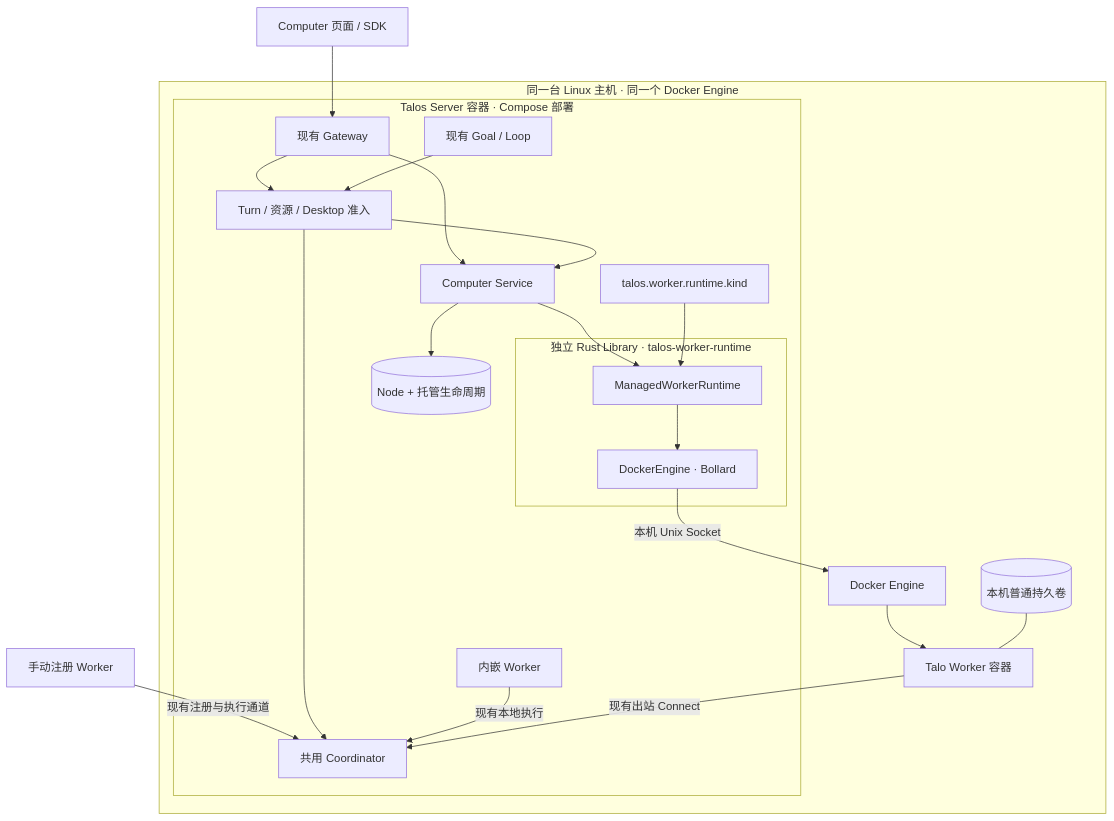
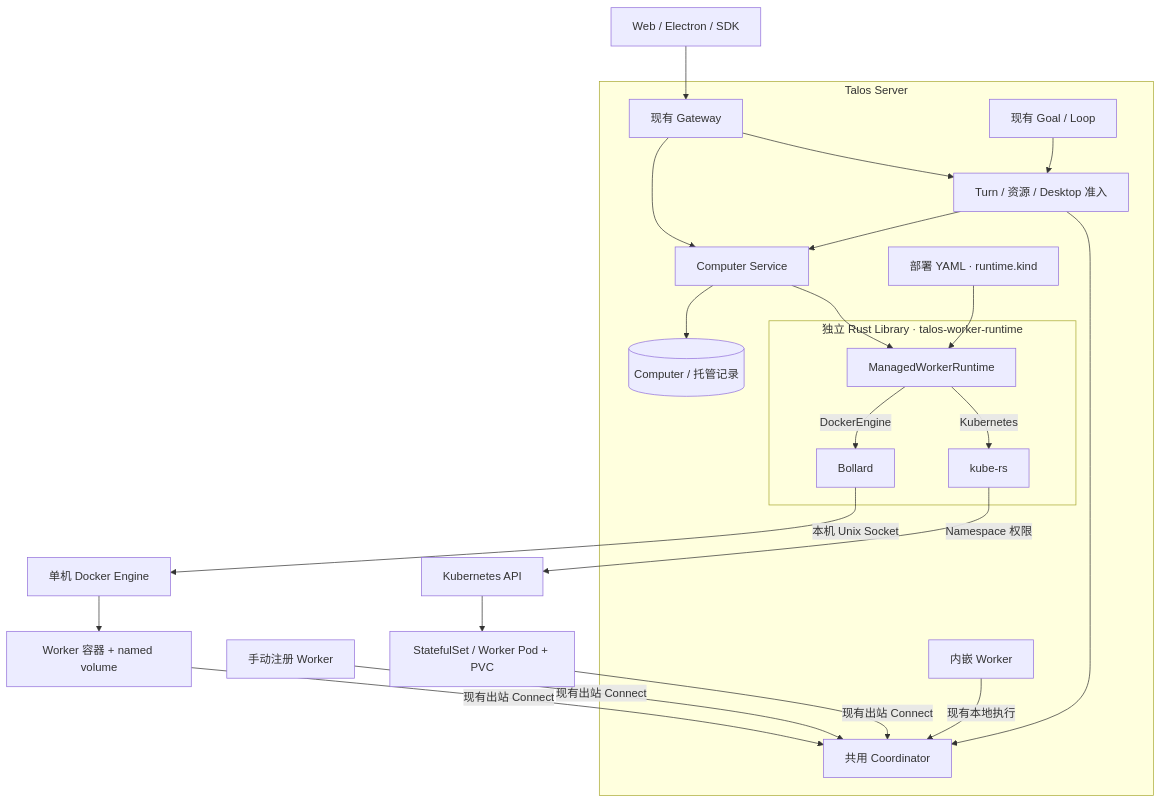
Before and after one commit to apilots/talos: the first of 4 diagrams in spec/feat-054-managed-talo/design.md, drawn with Mermaid. The commit also changed other lines of this file, not shown here.

First line of the commit message:
docs(talo): align managed runtime spec with implementation

````diff
--- a/spec/feat-054-managed-talo/design.md
+++ b/spec/feat-054-managed-talo/design.md
@@ -26,25 +26,26 @@
 ```mermaid
 flowchart TB
-    UI["Computer 页面 / SDK"] --> GW["现有 Gateway"]
-    EXT["手动注册 Worker"] -->|"现有注册与执行通道"| CO
-    subgraph HOST["同一台 Linux 主机 · 同一个 Docker Engine"]
-        subgraph CP["Talos Server 容器 · Compose 部署"]
-            GW --> CS["Computer Service"]
-            GW --> EXEC["Turn / 资源 / Desktop 准入"]
-            AUTO["现有 Goal / Loop"] --> EXEC
-            EXEC --> CS
-            EXEC --> CO["共用 Coordinator"]
-            LOCAL["内嵌 Worker"] -->|"现有本地执行"| CO
-            CS --> DB[("Node + 托管生命周期")]
-            CS --> RT["ManagedWorkerRuntime"]
-            CFG["talos.worker.runtime.kind"] --> RT
-            subgraph LIB["独立 Rust Library · talos-worker-runtime"]
-                RT --> DO["DockerEngine · Bollard"]
-            end
+    UI["Web / Electron / SDK"] --> GW
+    EXT["手动注册 Worker"] -->|"现有出站 Connect"| CO
+    subgraph CP["Talos Server"]
+        GW["现有 Gateway"] --> CS["Computer Service"]
+        GW --> EXEC["Turn / 资源 / Desktop 准入"]
+        AUTO["现有 Goal / Loop"] --> EXEC
+        EXEC --> CS
+        EXEC --> CO["共用 Coordinator"]
+        LOCAL["内嵌 Worker"] -->|"现有本地执行"| CO
+        CS --> DB[("Computer / 托管记录")]
+        CS --> RT["ManagedWorkerRuntime"]
+        CFG["部署 YAML · runtime.kind"] --> RT
+        subgraph LIB["独立 Rust Library · talos-worker-runtime"]
+            RT -->|"DockerEngine"| DO["Bollard"]
+            RT -->|"Kubernetes"| KU["kube-rs"]
         end
-        DO -->|"本机 Unix Socket"| DE["Docker Engine"]
-        DE --> DW["Talo Worker 容器"]
-        DV[("本机普通持久卷")] --- DW
-        DW -->|"现有出站 Connect"| CO
     end
+    DO -->|"本机 Unix Socket"| DE["单机 Docker Engine"]
+    DE --> DW["Worker 容器 + named volume"]
+    KU -->|"Namespace 权限"| KAPI["Kubernetes API"]
+    KAPI --> KW["StatefulSet / Worker Pod + PVC"]
+    DW -->|"现有出站 Connect"| CO
+    KW -->|"现有出站 Connect"| CO
 ```
````
